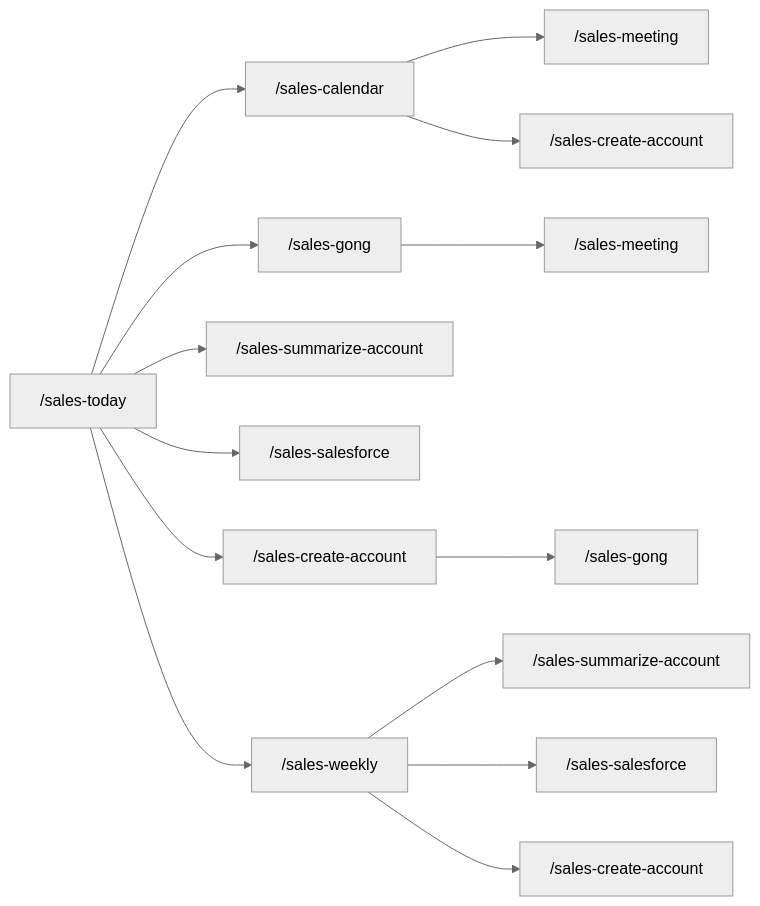
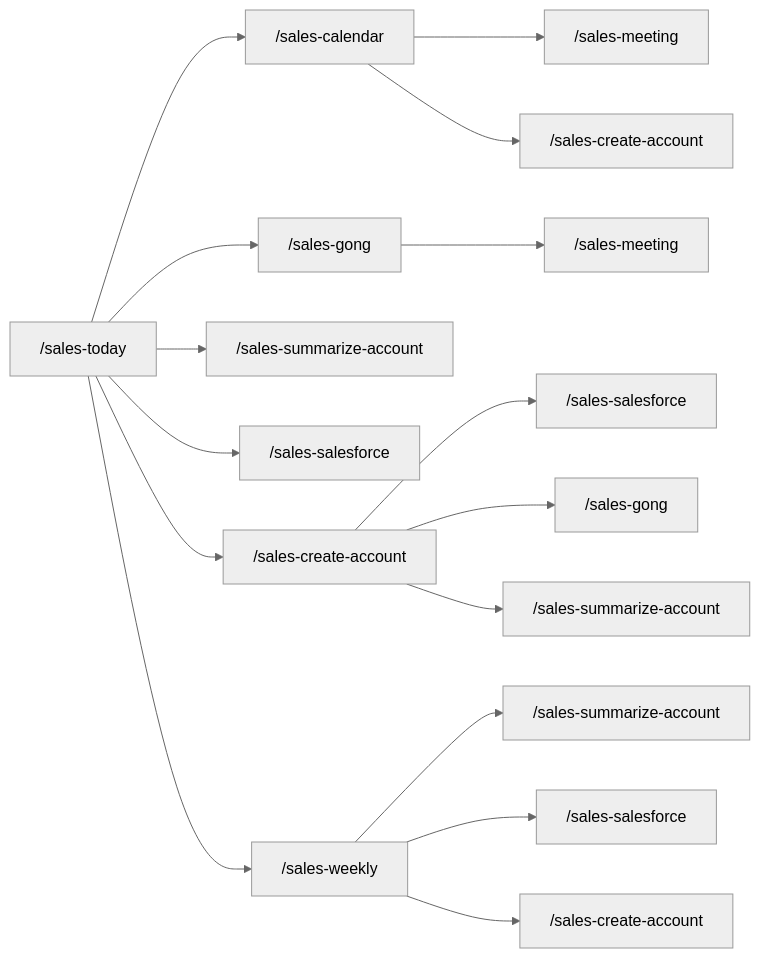
The diagram in README.md (yeutterg/claude-code-sales-skills), drawn with Mermaid (neutral theme) before and after one commit. The commit also changed other lines of this file and 9 other files, not shown here.

First line of the commit message:
sync: playwright CLI gong imports, auto-summarize in create-account

````diff
--- a/README.md
+++ b/README.md
@@ -157,17 +159,19 @@
 ```mermaid
 graph LR
     today["/sales-today"] --> calendar["/sales-calendar"]
     today --> gong1["/sales-gong"]
     today --> summarize1["/sales-summarize-account"]
     today --> salesforce1["/sales-salesforce"]
     today --> create1["/sales-create-account"]
     today --> weekly["/sales-weekly"]
 
     calendar --> meeting1["/sales-meeting"]
     calendar --> create2["/sales-create-account"]
     gong1 --> meeting2["/sales-meeting"]
     weekly --> summarize2["/sales-summarize-account"]
     weekly --> salesforce2["/sales-salesforce"]
     weekly --> create3["/sales-create-account"]
+    create1 --> salesforce3["/sales-salesforce"]
     create1 --> gong2["/sales-gong"]
+    create1 --> summarize3["/sales-summarize-account"]
 ```
````
